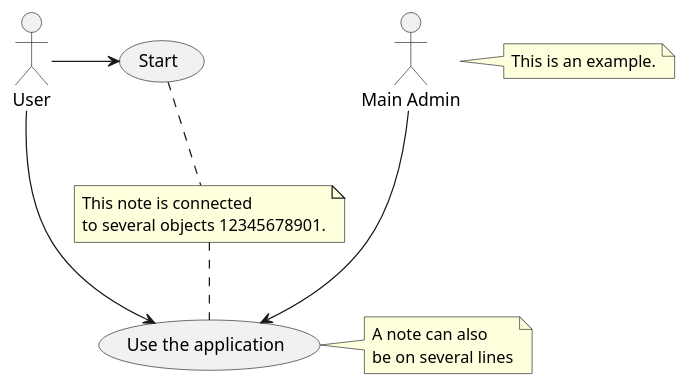
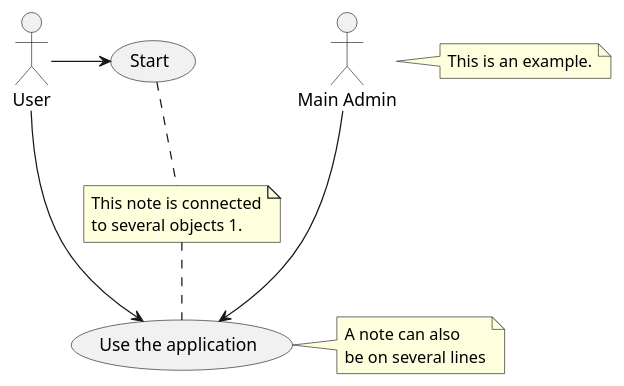
Before and after one commit to AKStratus/plantuml_diagrams: the diagram in plant1.puml, drawn with PlantUML.

```diff
--- a/plant1.puml
+++ b/plant1.puml
@@ -1,17 +1,17 @@
 @startuml
 
     :Main Admin: as Admin
     (Use the application) as (Use)
     User -> (Start)
     User --> (Use)
     Admin ---> (Use)
     note right of Admin : This is an example.
     note right of (Use)
     A note can also
     be on several lines
     end note
-    note "This note is connected\nto several objects 12345678901." as N2
+    note "This note is connected\nto several objects 1." as N2
     (Start) .. N2
     N2 .. (Use)
 
     @enduml
```
